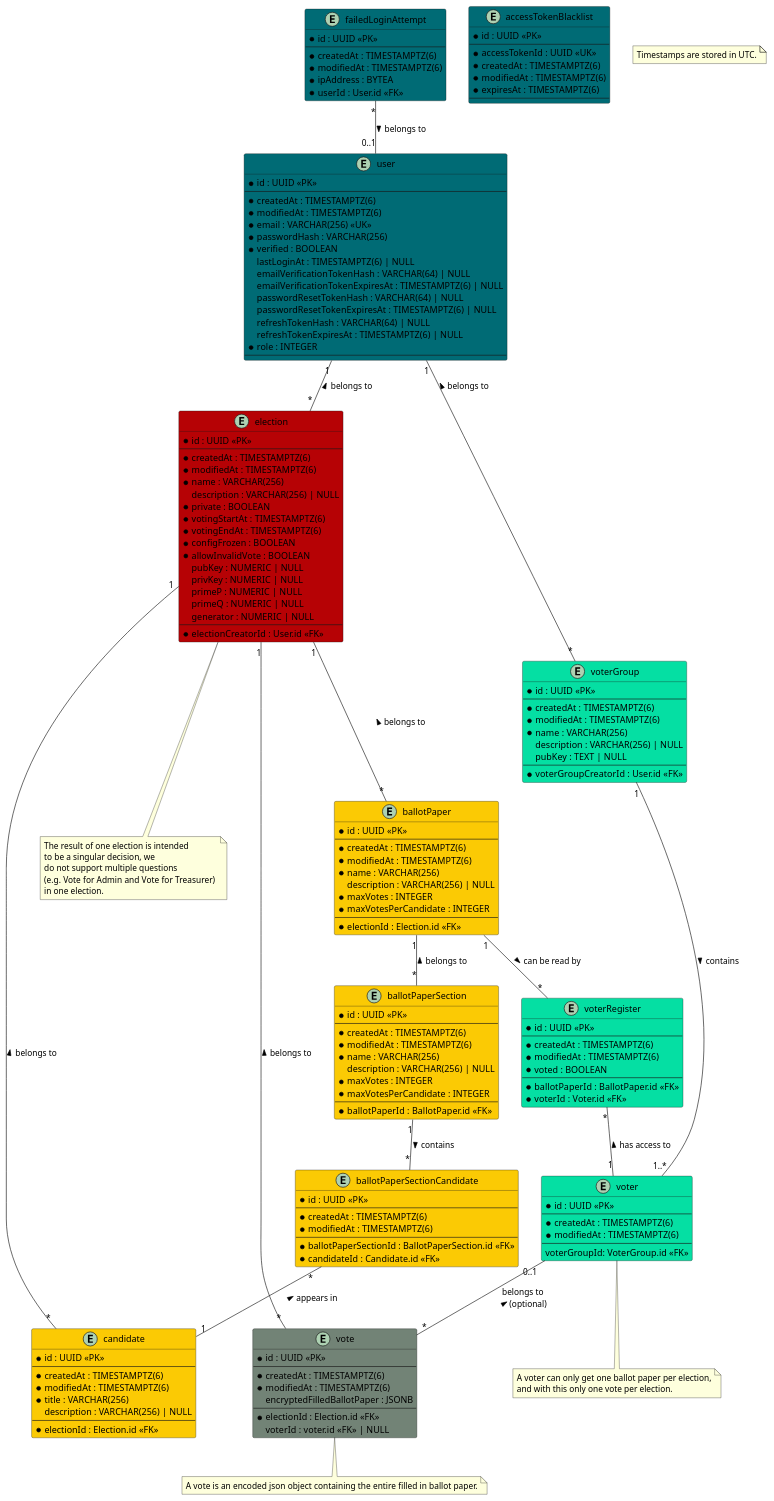
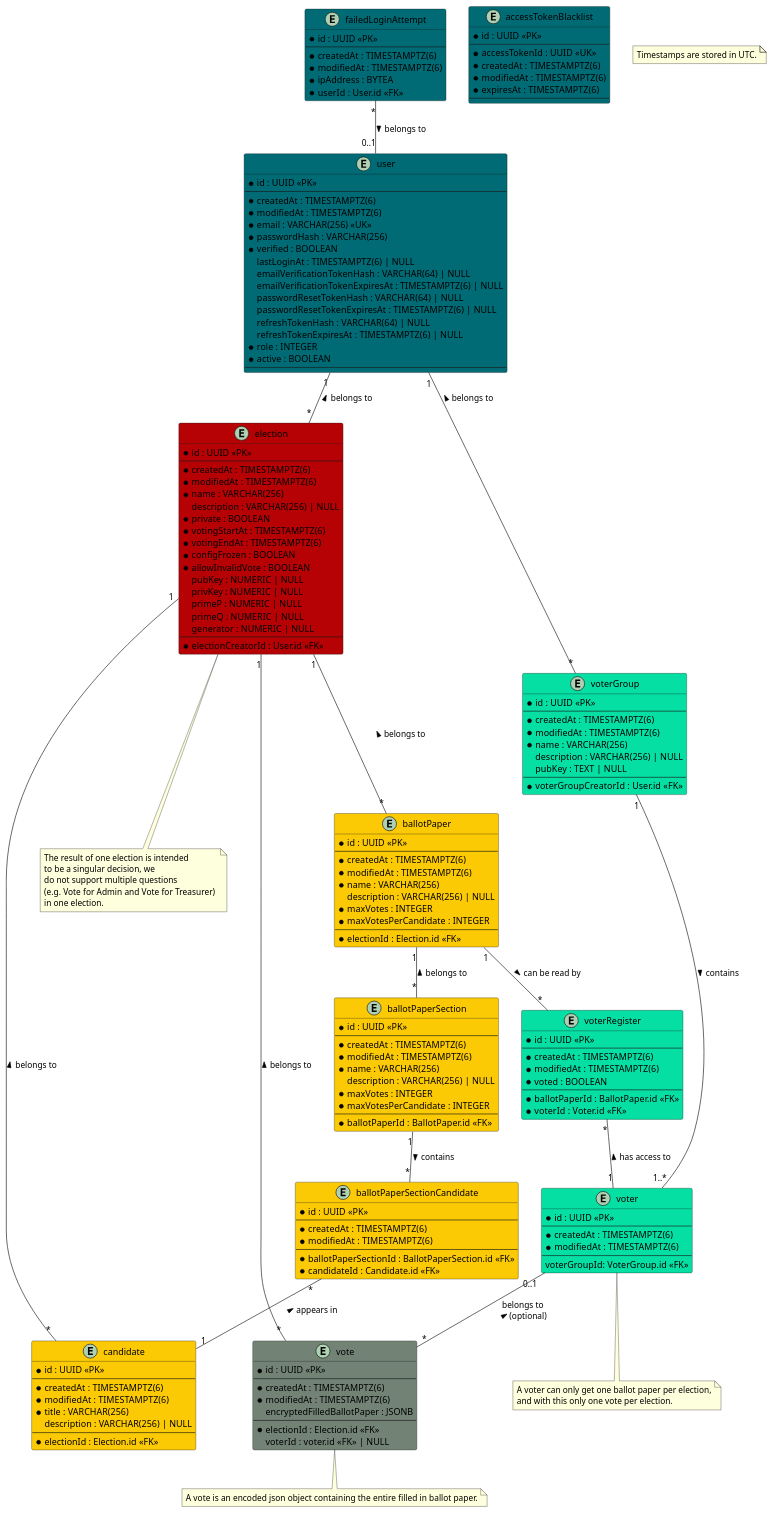
Before and after one commit to SE-UUlm/votura: the diagram in apps/docs/static/uml/dataModel.puml, drawn with PlantUML.

Commit message:
470: Add active field to data model

```diff
--- a/apps/docs/static/uml/dataModel.puml
+++ b/apps/docs/static/uml/dataModel.puml
@@ -1,197 +1,198 @@
 @startuml dataModel
 
 entity "user" as user #006b75 {
     * id : UUID <<PK>>
     --
     * createdAt : TIMESTAMPTZ(6)
     * modifiedAt : TIMESTAMPTZ(6)
     * email : VARCHAR(256) <<UK>>
     * passwordHash : VARCHAR(256)
     * verified : BOOLEAN
     lastLoginAt : TIMESTAMPTZ(6) | NULL
     emailVerificationTokenHash : VARCHAR(64) | NULL
     emailVerificationTokenExpiresAt : TIMESTAMPTZ(6) | NULL
     passwordResetTokenHash : VARCHAR(64) | NULL
     passwordResetTokenExpiresAt : TIMESTAMPTZ(6) | NULL
     refreshTokenHash : VARCHAR(64) | NULL
     refreshTokenExpiresAt : TIMESTAMPTZ(6) | NULL
     * role : INTEGER
+    * active : BOOLEAN
     --
 }
 
 entity "accessTokenBlacklist" as jwtBlacklist #006b75 {
     ' this table is used to store blacklisted access tokens
     ' The jti is 36 characters long if we use UUIDv4
     * id : UUID <<PK>>
     --
     * accessTokenId : UUID <<UK>>
     * createdAt : TIMESTAMPTZ(6)
     * modifiedAt : TIMESTAMPTZ(6)
     * expiresAt : TIMESTAMPTZ(6)
     --
 }
 
 entity "election" as elections #b60205 {
     * id : UUID <<PK>>
     --
     * createdAt : TIMESTAMPTZ(6)
     * modifiedAt : TIMESTAMPTZ(6)
     * name : VARCHAR(256)
     description : VARCHAR(256) | NULL
     * private : BOOLEAN
     * votingStartAt : TIMESTAMPTZ(6)
     * votingEndAt : TIMESTAMPTZ(6)
     * configFrozen : BOOLEAN
     * allowInvalidVote : BOOLEAN
     ' Is there a use case for `votesCounted`?
     ' * votesCounted : BOOLEAN
     ' * votesCounted : BOOLEAN
     ' Computed values such as validVotes and invalidVotes are critical - do we really want to store them?
     ' validVotes : NUMERIC | NULL
     ' invalidVotes : NUMERIC | NULL
     pubKey : NUMERIC | NULL
     privKey : NUMERIC | NULL
     primeP : NUMERIC | NULL
     primeQ : NUMERIC | NULL
     generator : NUMERIC | NULL
     --
     * electionCreatorId : User.id <<FK>>
 }
 
 note as N2
 The result of one election is intended 
 to be a singular decision, we 
 do not support multiple questions 
 (e.g. Vote for Admin and Vote for Treasurer) 
 in one election.
 end note
 
 entity "ballotPaper" as ballotPapers #fbca04 {
     * id : UUID <<PK>>
     --
     * createdAt : TIMESTAMPTZ(6)
     * modifiedAt : TIMESTAMPTZ(6)
     * name : VARCHAR(256)
     description : VARCHAR(256) | NULL
     * maxVotes : INTEGER
     * maxVotesPerCandidate : INTEGER
     --
     * electionId : Election.id <<FK>>
 }
 
 entity "ballotPaperSection" as ballotPaperSections #fbca04 {
     * id : UUID <<PK>>
     --
     * createdAt : TIMESTAMPTZ(6)
     * modifiedAt : TIMESTAMPTZ(6)
     * name : VARCHAR(256)
     description : VARCHAR(256) | NULL
     * maxVotes : INTEGER
     * maxVotesPerCandidate : INTEGER
     --
     * ballotPaperId : BallotPaper.id <<FK>>
 }
 
 entity "ballotPaperSectionCandidate" as ballotPaperSectionCandidates #fbca04 {
     * id : UUID <<PK>>
     --
     * createdAt : TIMESTAMPTZ(6)
     * modifiedAt : TIMESTAMPTZ(6)
     --
     * ballotPaperSectionId : BallotPaperSection.id <<FK>>
     * candidateId : Candidate.id <<FK>>
 }
 
 entity "candidate" as candidates #fbca04 {
     * id : UUID <<PK>>
     --
     * createdAt : TIMESTAMPTZ(6)
     * modifiedAt : TIMESTAMPTZ(6)
     * title : VARCHAR(256)
     description : VARCHAR(256) | NULL
     --
     * electionId : Election.id <<FK>>
 }
 
 entity "vote" as votes #728376 {
     * id : UUID <<PK>>
     --
     * createdAt : TIMESTAMPTZ(6)
     * modifiedAt : TIMESTAMPTZ(6)
     encryptedFilledBallotPaper : JSONB
     --
     * electionId : Election.id <<FK>>
     ' if the vote isn't secret, voter can be saved
     voterId : voter.id <<FK>> | NULL
 }
 note as N4
 A vote is an encoded json object containing the entire filled in ballot paper.
 end note
 
 entity "voterRegister" as voterRegisters #05DFA3 {
     * id : UUID <<PK>>
     --
     * createdAt : TIMESTAMPTZ(6)
     * modifiedAt : TIMESTAMPTZ(6)
     * voted : BOOLEAN
     --
     * ballotPaperId : BallotPaper.id <<FK>>
     * voterId : Voter.id <<FK>>
 }
 
 entity "voter" as voters #05DFA3 {
     * id : UUID <<PK>>
     --
     * createdAt : TIMESTAMPTZ(6)
     * modifiedAt : TIMESTAMPTZ(6)
     --
     voterGroupId: VoterGroup.id <<FK>>
 }
 note as N3
 A voter can only get one ballot paper per election,
 and with this only one vote per election.
 end note
 
 entity "voterGroup" as voterGroups #05DFA3 {
     * id : UUID <<PK>>
     --
     * createdAt : TIMESTAMPTZ(6)
     * modifiedAt : TIMESTAMPTZ(6)
     * name : VARCHAR(256)
     description : VARCHAR(256) | NULL
     pubKey : TEXT | NULL
     --
     * voterGroupCreatorId : User.id <<FK>>
 }
 
 note as N1
 Timestamps are stored in UTC.
 end note
 
 entity "failedLoginAttempt" #006b75 {
     * id : UUID <<PK>>
     --
     * createdAt : TIMESTAMPTZ(6)
     * modifiedAt : TIMESTAMPTZ(6)
     * ipAddress : BYTEA
     * userId : User.id <<FK>>
 }
 
 user "1"--"*" elections : belongs to <
 elections "1"--"*" ballotPapers : belongs to <
 elections -- N2
 elections "1"--"*" candidates : belongs to <
 ballotPapers "1"--"*" voterRegisters : can be read by >
 voterRegisters "*"--"1" voters : has access to <
 ballotPapers "1"--"*" ballotPaperSections : belongs to <
 ballotPaperSections "1"--"*" ballotPaperSectionCandidates : contains >
 ballotPaperSectionCandidates "*"--"1" candidates : appears in <
 votes "*"--"1" elections : belongs to >
 voters "0..1"--"*" votes : belongs to \n (optional) <
 user "1"--"*" voterGroups : belongs to <
 voterGroups "1"--"1..*" voters : contains >
 voters -- N3
 votes -- N4
 failedLoginAttempt "*"--"0..1" user : belongs to >
 
 @enduml
```
